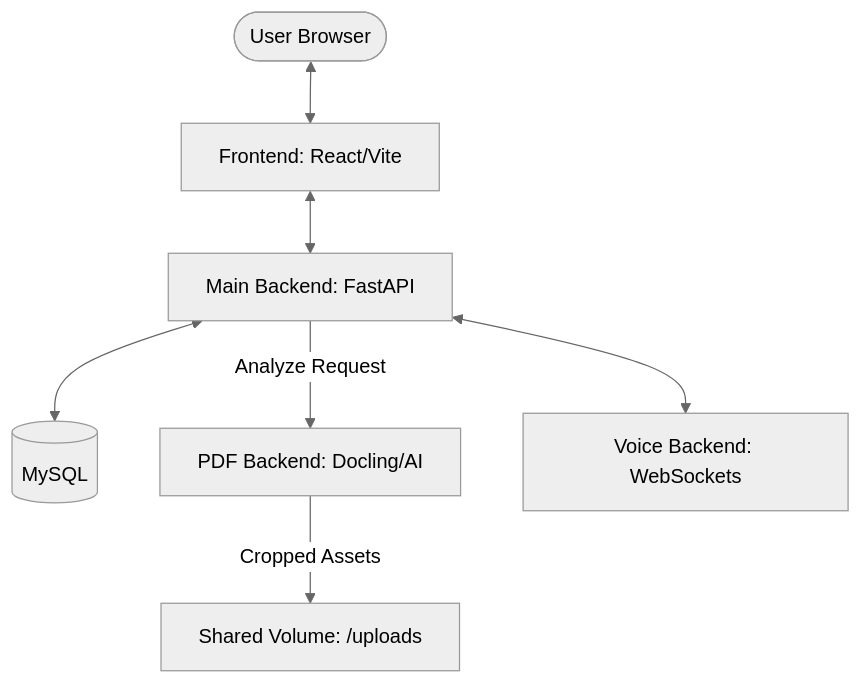
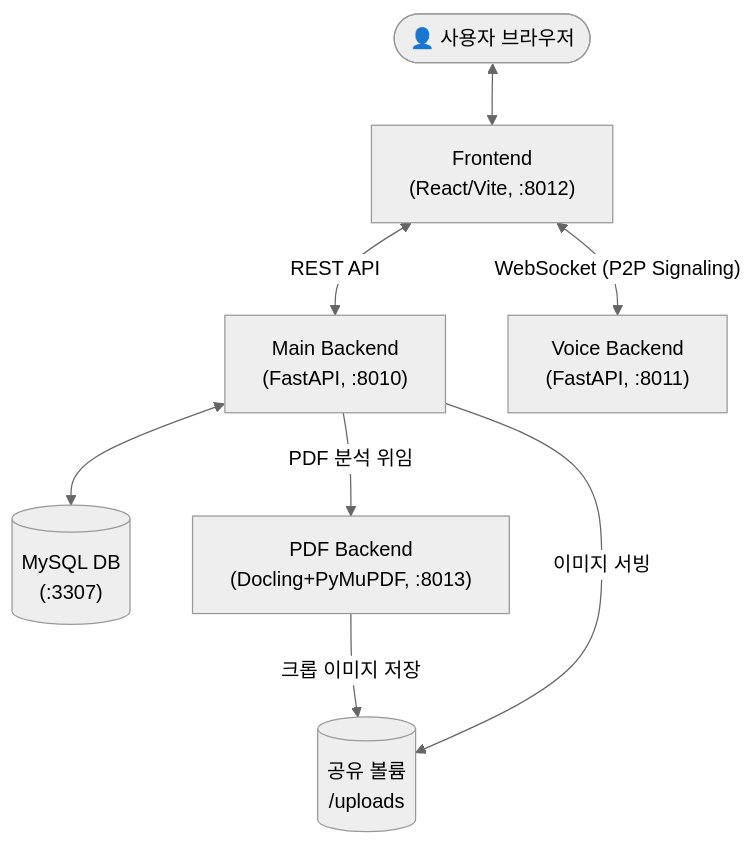
Before and after one commit to bumjpark/StackNote: the diagram in README.md, drawn with Mermaid (neutral theme). The commit also changed other lines of this file and 1 other file, not shown here.

````diff
--- a/README.md
+++ b/README.md
@@ -32,9 +67,10 @@
 ```mermaid
 graph TD
-    User([User Browser]) <--> FE[Frontend: React/Vite]
-    FE <--> BE[Main Backend: FastAPI]
-    BE <--> DB[(MySQL)]
-    BE -- "Analyze Request" --> PDF[PDF Backend: Docling/AI]
-    BE <--> VO[Voice Backend: WebSockets]
-    PDF -- "Cropped Assets" --> Storage[Shared Volume: /uploads]
+    User([👤 사용자 브라우저]) <--> FE["Frontend\n(React/Vite, :8012)"]
+    FE <-- "REST API" --> BE["Main Backend\n(FastAPI, :8010)"]
+    FE <-- "WebSocket (P2P Signaling)" --> VO["Voice Backend\n(FastAPI, :8011)"]
+    BE <--> DB[("MySQL DB\n(:3307)")]
+    BE -- "PDF 분석 위임" --> PDF["PDF Backend\n(Docling+PyMuPDF, :8013)"]
+    PDF -- "크롭 이미지 저장" --> VOL[("공유 볼륨\n/uploads")]
+    BE -- "이미지 서빙" --> VOL
 ```
````
